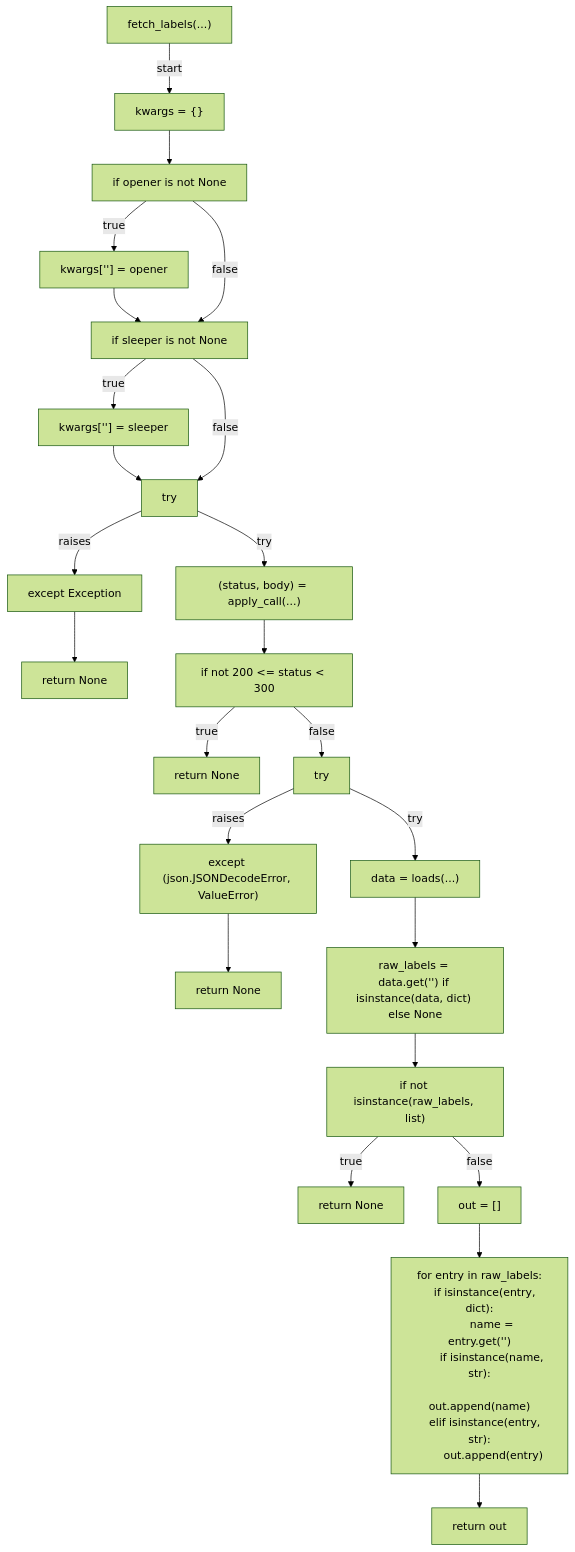
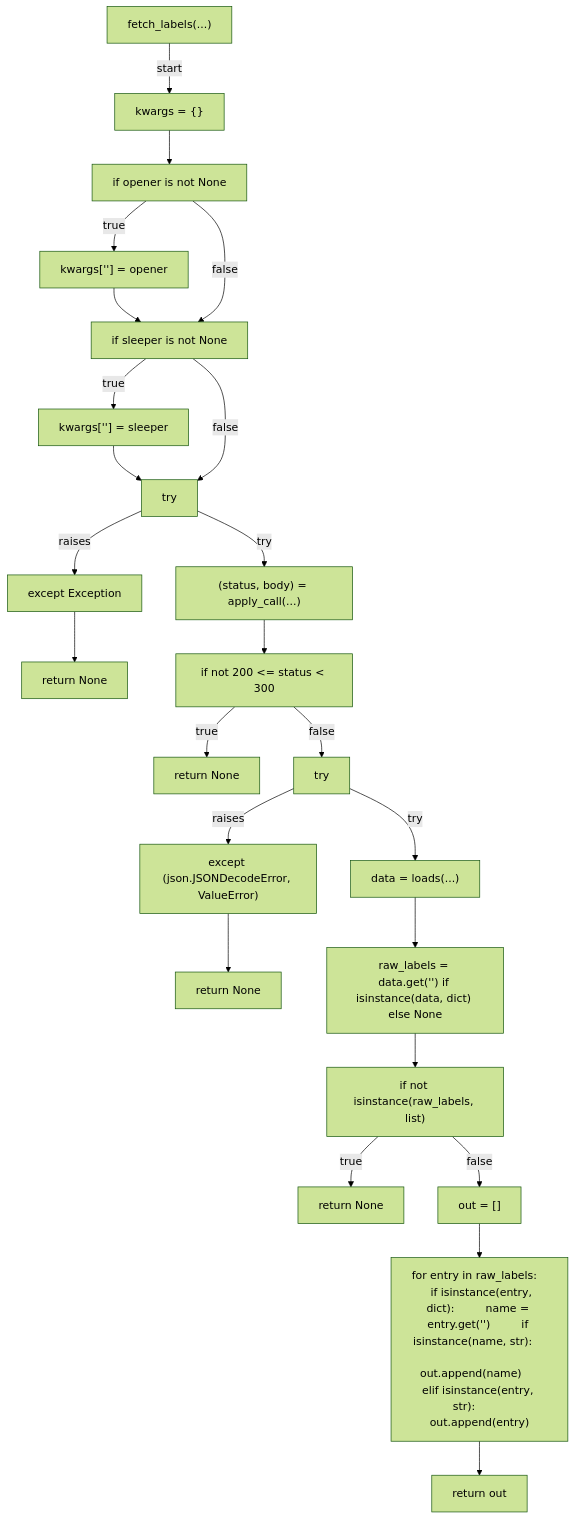
One commit to tvna/claude-md changed the second of 7 diagrams in docs/generated/scripts/ast/pr_body_close_keyword_gate.md. Above: the diagram before and after it, drawn with Mermaid (forest theme). The commit also changed other lines of this file and 30 other files, not shown here.

First line of the commit message:
docs(generated): regenerate decision tree and workflow diagrams (batch 2/5)

````diff
--- a/docs/generated/scripts/ast/pr_body_close_keyword_gate.md
+++ b/docs/generated/scripts/ast/pr_body_close_keyword_gate.md
@@ -34,54 +34,48 @@
 ```mermaid
 flowchart TD
     N001["fetch_labels(...)"]
     N002["kwargs = {}"]
     N003["if opener is not None"]
     N004["kwargs['<str>'] = opener"]
     N005["if sleeper is not None"]
     N006["kwargs['<str>'] = sleeper"]
     N007["try"]
     N008["(status, body) = apply_call(...)"]
     N009["except Exception"]
     N010["return None"]
     N011["if not 200 <= status < 300"]
     N012["return None"]
     N013["try"]
     N014["data = loads(...)"]
     N015["except (json.JSONDecodeError, ValueError)"]
     N016["return None"]
     N017["raw_labels = data.get('<str>') if isinstance(data, dict) else None"]
     N018["if not isinstance(raw_labels, list)"]
     N019["return None"]
     N020["out = []"]
-    N021["for entry in raw_labels:
-    if isinstance(entry, dict):
-        name = entry.get('<str>')
-        if isinstance(name, str):
-            out.append(name)
-    elif isinstance(entry, str):
-        out.append(entry)"]
+    N021["for entry in raw_labels:     if isinstance(entry, dict):         name = entry.get('<str>')         if isinstance(name, str):             out.append(name)     elif isinstance(entry, str):         out.append(entry)"]
     N022["return out"]
     N001 -->|"start"| N002
     N002 --> N003
     N003 -->|"true"| N004
     N004 --> N005
     N003 -->|"false"| N005
     N005 -->|"true"| N006
     N006 --> N007
     N005 -->|"false"| N007
     N007 -->|"try"| N008
     N007 -->|"raises"| N009
     N009 --> N010
     N008 --> N011
     N011 -->|"true"| N012
     N011 -->|"false"| N013
     N013 -->|"try"| N014
     N013 -->|"raises"| N015
     N015 --> N016
     N014 --> N017
     N017 --> N018
     N018 -->|"true"| N019
     N018 -->|"false"| N020
     N020 --> N021
     N021 --> N022
 ```
````
